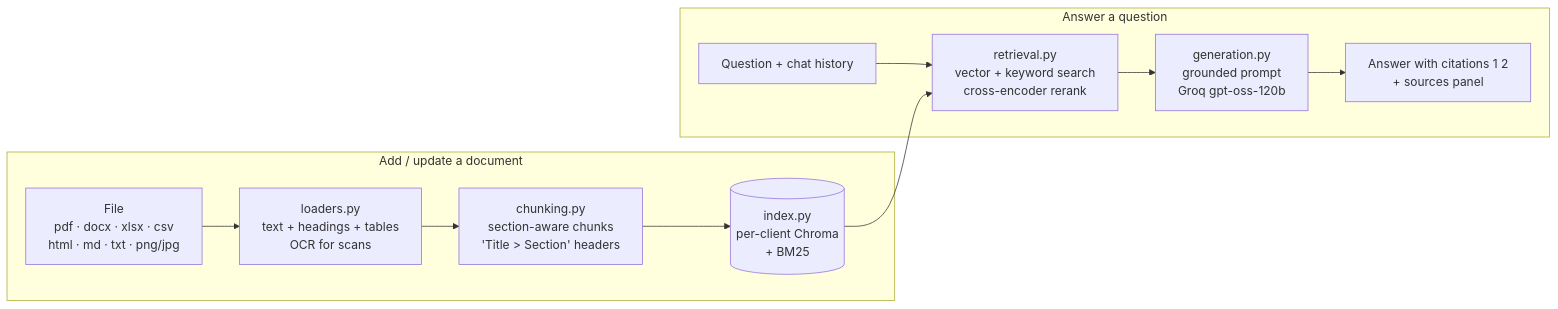
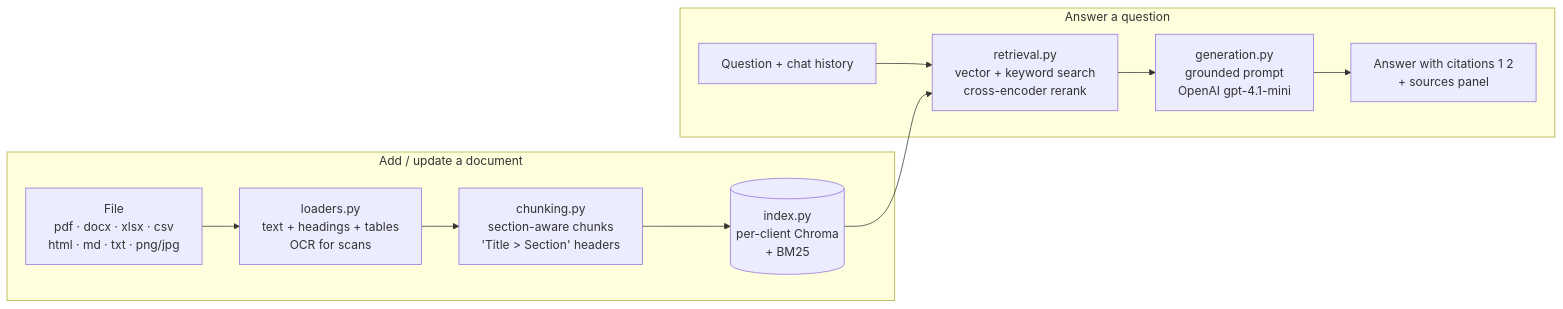
The diagram in AI knowledge Assisstant/README.md (Abdulhaq13/insurellm-knowledge-assistant-2), drawn with Mermaid before and after one commit. The commit also changed other lines of this file, not shown here.

Commit message:
README: OpenAI key for answers, cost per question, new answer rules

````diff
--- a/AI knowledge Assisstant/README.md
+++ b/AI knowledge Assisstant/README.md
@@ -9,14 +9,14 @@
 ```mermaid
 flowchart LR
     subgraph Ingest["Add / update a document"]
         F[File<br/>pdf · docx · xlsx · csv<br/>html · md · txt · png/jpg] --> L[loaders.py<br/>text + headings + tables<br/>OCR for scans]
         L --> C[chunking.py<br/>section-aware chunks<br/>'Title > Section' headers]
         C --> I[(index.py<br/>per-client Chroma<br/>+ BM25)]
     end
     subgraph Answer["Answer a question"]
         Q[Question + chat history] --> R[retrieval.py<br/>vector + keyword search<br/>cross-encoder rerank]
         I --> R
-        R --> G[generation.py<br/>grounded prompt<br/>Groq gpt-oss-120b]
+        R --> G[generation.py<br/>grounded prompt<br/>OpenAI gpt-4.1-mini]
         G --> A[Answer with citations 1 2<br/>+ sources panel]
     end
 ```
````
